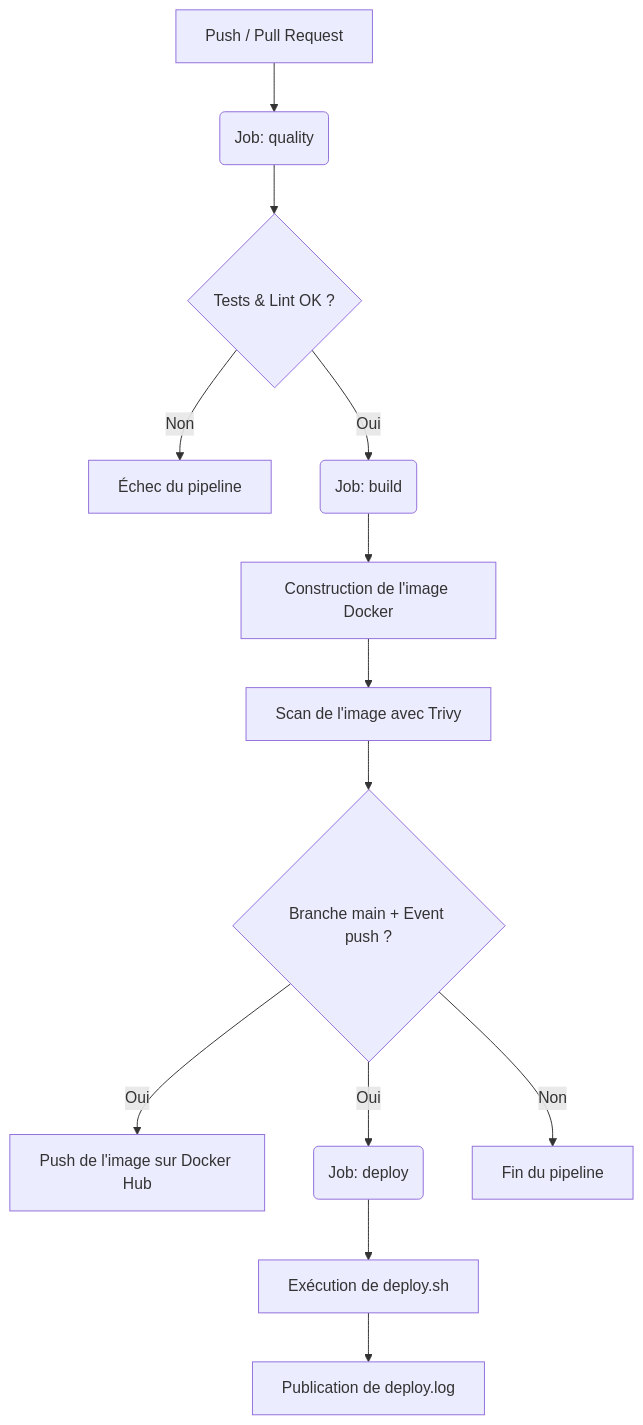
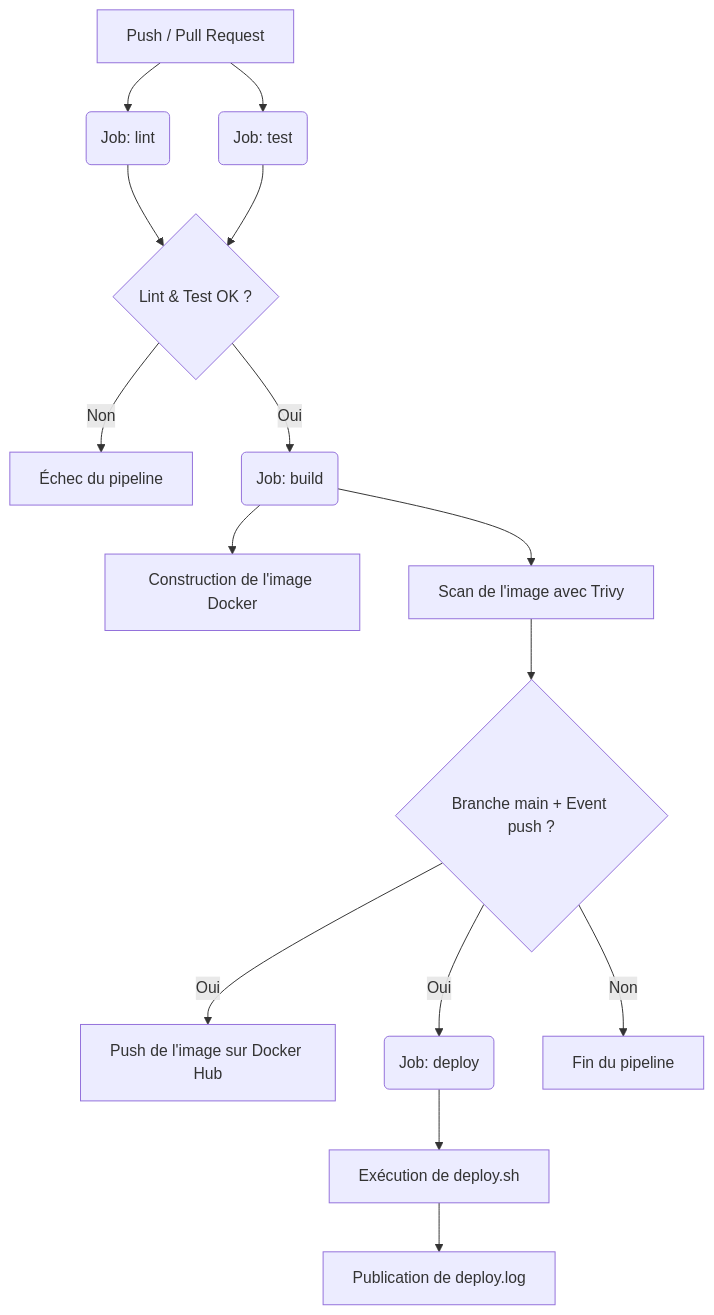
Before and after one commit to RaphaelBensoussan/EC06_app: the diagram in README.md, drawn with Mermaid. The commit also changed other lines of this file and 2 other files, not shown here.

Commit message:
feat: separation des jobs lint et test, cache npm et mise a jour du rapport

````diff
--- a/README.md
+++ b/README.md
@@ -44,15 +45,17 @@
 ```mermaid
 flowchart TD
-    A[Push / Pull Request] --> B(Job: quality)
-    B --> C{Tests & Lint OK ?}
-    C -- Non --> D[Échec du pipeline]
-    C -- Oui --> E(Job: build)
-    E --> F[Construction de l'image Docker]
-    F --> G[Scan de l'image avec Trivy]
-    G --> H{Branche main + Event push ?}
-    H -- Oui --> I[Push de l'image sur Docker Hub]
-    H -- Oui --> J(Job: deploy)
-    H -- Non --> K[Fin du pipeline]
-    J --> L[Exécution de deploy.sh]
-    L --> M[Publication de deploy.log]
+    A[Push / Pull Request] --> B(Job: lint)
+    A --> C(Job: test)
+    B --> D{Lint & Test OK ?}
+    C --> D
+    D -- Non --> E[Échec du pipeline]
+    D -- Oui --> F(Job: build)
+    F --> G[Construction de l'image Docker]
+    F --> H[Scan de l'image avec Trivy]
+    H --> I{Branche main + Event push ?}
+    I -- Oui --> J[Push de l'image sur Docker Hub]
+    I -- Oui --> K(Job: deploy)
+    I -- Non --> L[Fin du pipeline]
+    K --> M[Exécution de deploy.sh]
+    M --> N[Publication de deploy.log]
 ```
````
